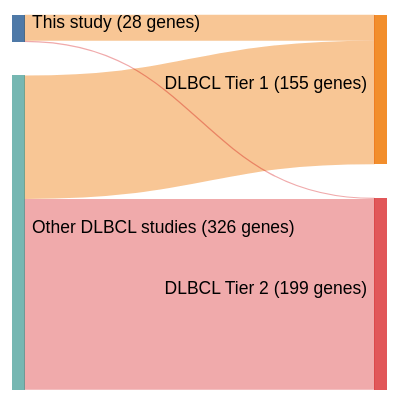
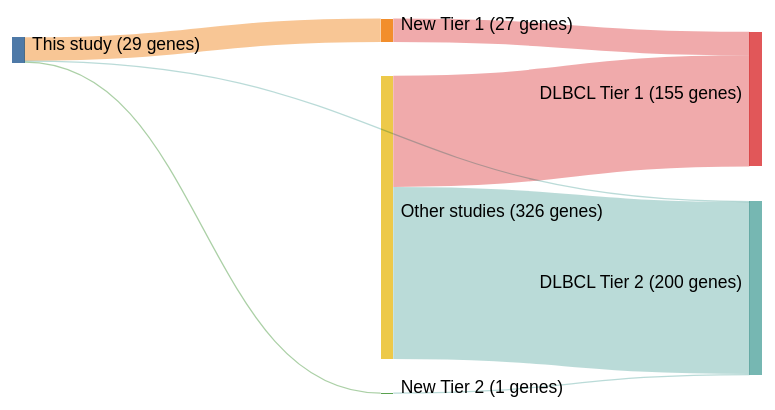
One commit to morinlab/lymphopedia changed the diagram in papers/morinFrequentMutationHistonemodifying2011.md. Above: the diagram before and after it, drawn with Mermaid (neutral theme). The commit also changed other lines of this file and 82 other files, not shown here.

````diff
--- a/papers/morinFrequentMutationHistonemodifying2011.md
+++ b/papers/morinFrequentMutationHistonemodifying2011.md
@@ -13,18 +13,21 @@
 ```mermaid
 ---
 config:
     sankey:
         showValues: true
         linkColor: target
-        width: 300
+        width: 600
         height: 300
         nodeAlignment: right
         prefix: '('
         suffix: ' genes)'
 ---
 sankey-beta
-This study, DLBCL Tier 1, 27
+This study, New Tier 1, 27
+New Tier 1, DLBCL Tier 1, 27
 This study, DLBCL Tier 2, 1
-Other DLBCL studies, DLBCL Tier 1, 128
-Other DLBCL studies, DLBCL Tier 2, 198
+This study, New Tier 2, 1
+New Tier 2, DLBCL Tier 2, 1
+Other studies, DLBCL Tier 1, 128
+Other studies, DLBCL Tier 2, 198
 ```
````
